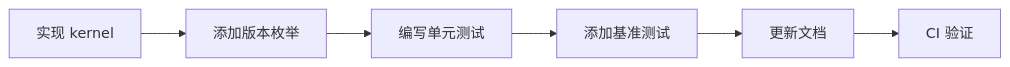
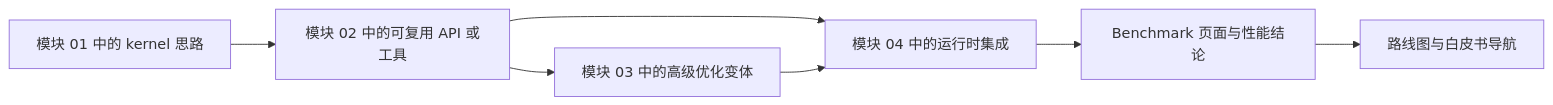
The second of 2 diagrams in docs/zh/whitepaper/architecture.md (LessUp/cuda-kernel-academy), drawn with Mermaid before and after one commit. The commit also changed other lines of this file and 45 other files, not shown here.

````diff
--- a/docs/zh/whitepaper/architecture.md
+++ b/docs/zh/whitepaper/architecture.md
@@ -334,8 +72,9 @@
 ```mermaid
 flowchart LR
-    A[实现 kernel] --> B[添加版本枚举]
-    B --> C[编写单元测试]
-    C --> D[添加基准测试]
-    D --> E[更新文档]
-    E --> F[CI 验证]
+    A[模块 01 中的 kernel 思路] --> B[模块 02 中的可复用 API 或工具]
+    B --> C[模块 03 中的高级优化变体]
+    B --> D[模块 04 中的运行时集成]
+    C --> D
+    D --> E[Benchmark 页面与性能结论]
+    E --> F[路线图与白皮书导航]
 ```
````
